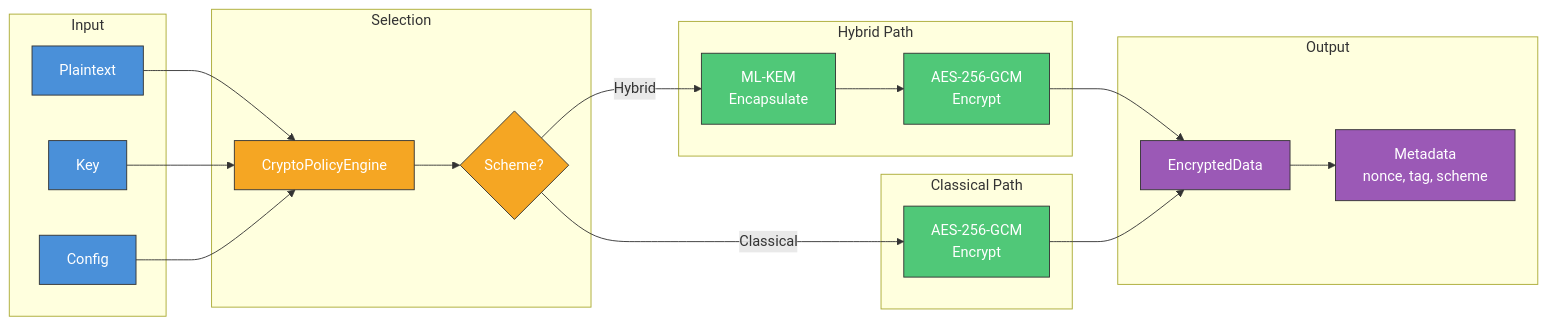
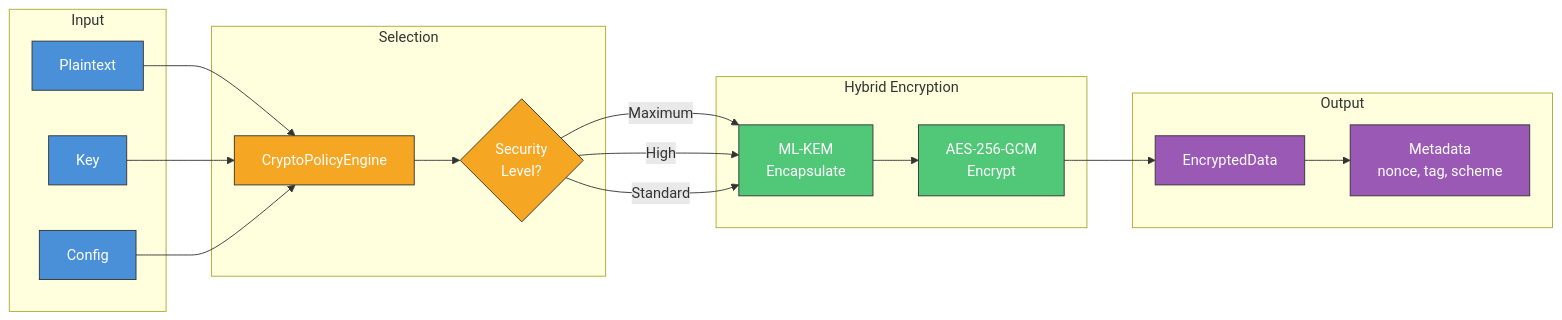
One commit to LatticeArc/latticearc changed the ninth of 13 diagrams in docs/DESIGN.md. Above: the diagram before and after it, drawn with Mermaid. The commit also changed other lines of this file, not shown here.

````diff
--- a/docs/DESIGN.md
+++ b/docs/DESIGN.md
@@ -290,51 +360,46 @@
 ```mermaid
 flowchart LR
     subgraph "Input"
         DATA[Plaintext]
         KEY[Key]
         CFG[Config]
     end
 
     subgraph "Selection"
         SEL[CryptoPolicyEngine]
-        SCHEME{Scheme?}
+        LEVEL{Security<br/>Level?}
     end
 
-    subgraph "Hybrid Path"
+    subgraph "Hybrid Encryption"
         KEM[ML-KEM<br/>Encapsulate]
-        AEAD_H[AES-256-GCM<br/>Encrypt]
-    end
-
-    subgraph "Classical Path"
-        AEAD_C[AES-256-GCM<br/>Encrypt]
+        AEAD[AES-256-GCM<br/>Encrypt]
     end
 
     subgraph "Output"
         CT[EncryptedData]
         META[Metadata<br/>nonce, tag, scheme]
     end
 
     DATA --> SEL
     KEY --> SEL
     CFG --> SEL
-    SEL --> SCHEME
+    SEL --> LEVEL
 
-    SCHEME -->|Hybrid| KEM
-    KEM --> AEAD_H
-    AEAD_H --> CT
+    LEVEL -->|Maximum| KEM
+    LEVEL -->|High| KEM
+    LEVEL -->|Standard| KEM
 
-    SCHEME -->|Classical| AEAD_C
-    AEAD_C --> CT
-
+    KEM --> AEAD
+    AEAD --> CT
     CT --> META
 
     classDef input fill:#4a90d9,stroke:#333,color:#fff
     classDef select fill:#f5a623,stroke:#333,color:#fff
     classDef crypto fill:#50c878,stroke:#333,color:#fff
     classDef output fill:#9b59b6,stroke:#333,color:#fff
 
     class DATA,KEY,CFG input
-    class SEL,SCHEME select
-    class KEM,AEAD_H,AEAD_C crypto
+    class SEL,LEVEL select
+    class KEM,AEAD crypto
     class CT,META output
 ```
````
